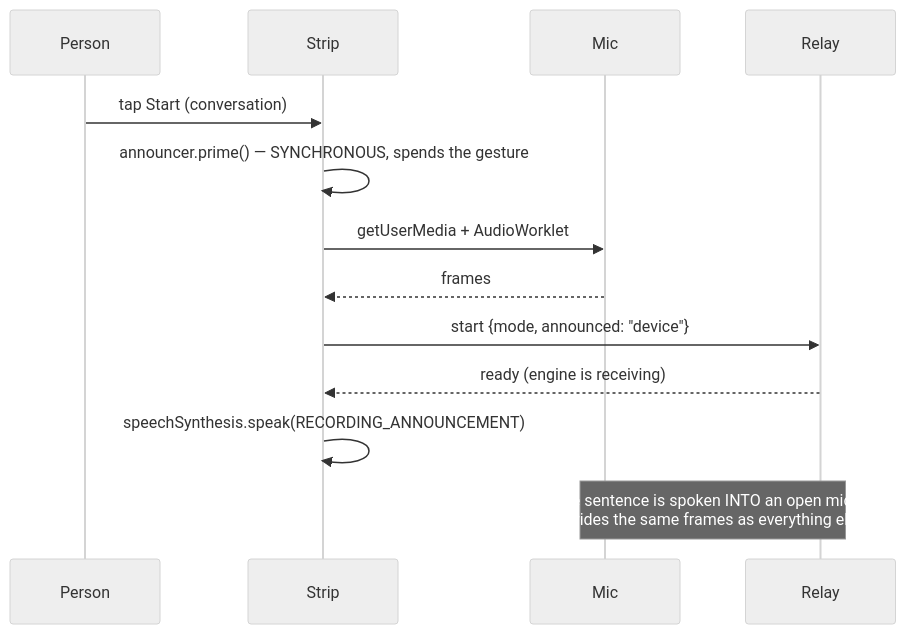
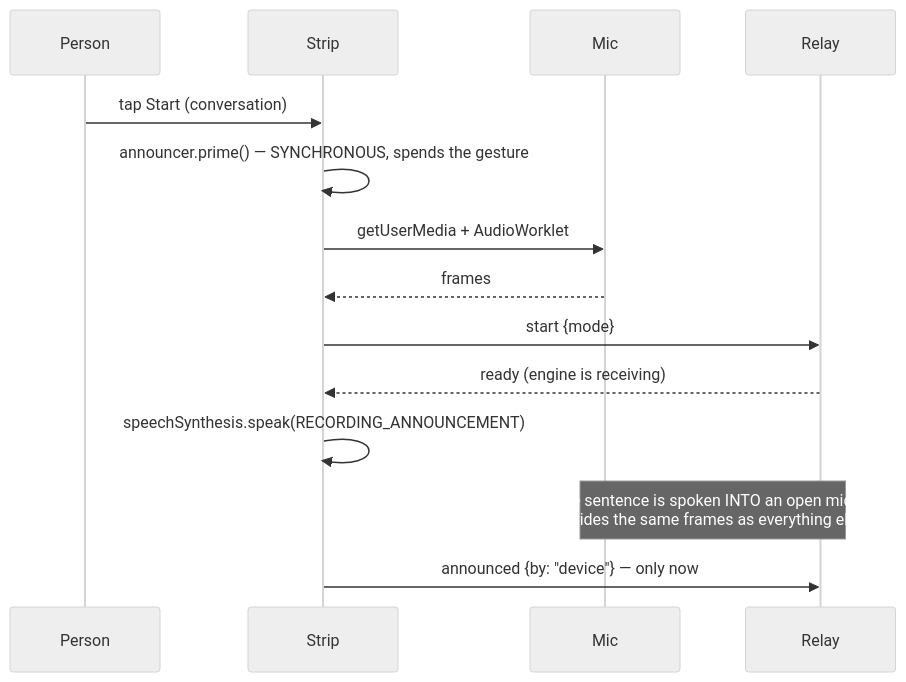
Before and after one commit to fryanpan/claude-live-feedback-plugin: the second of 2 diagrams in docs/architecture/meeting-assistant.md, drawn with Mermaid (neutral theme). The commit also changed other lines of this file and 8 other files, not shown here.

First line of the commit message:
The record claims the announcement only after it happened, not at start

````diff
--- a/docs/architecture/meeting-assistant.md
+++ b/docs/architecture/meeting-assistant.md
@@ -409,15 +409,16 @@
 ```mermaid
 sequenceDiagram
   participant P as Person
   participant S as Strip
   participant M as Mic
   participant R as Relay
   P->>S: tap Start (conversation)
   S->>S: announcer.prime() — SYNCHRONOUS, spends the gesture
   S->>M: getUserMedia + AudioWorklet
   M-->>S: frames
-  S->>R: start {mode, announced: "device"}
+  S->>R: start {mode}
   R-->>S: ready (engine is receiving)
   S->>S: speechSynthesis.speak(RECORDING_ANNOUNCEMENT)
   Note over M,R: the sentence is spoken INTO an open mic —<br/>it rides the same frames as everything else
+  S->>R: announced {by: "device"} — only now
 ```
````
